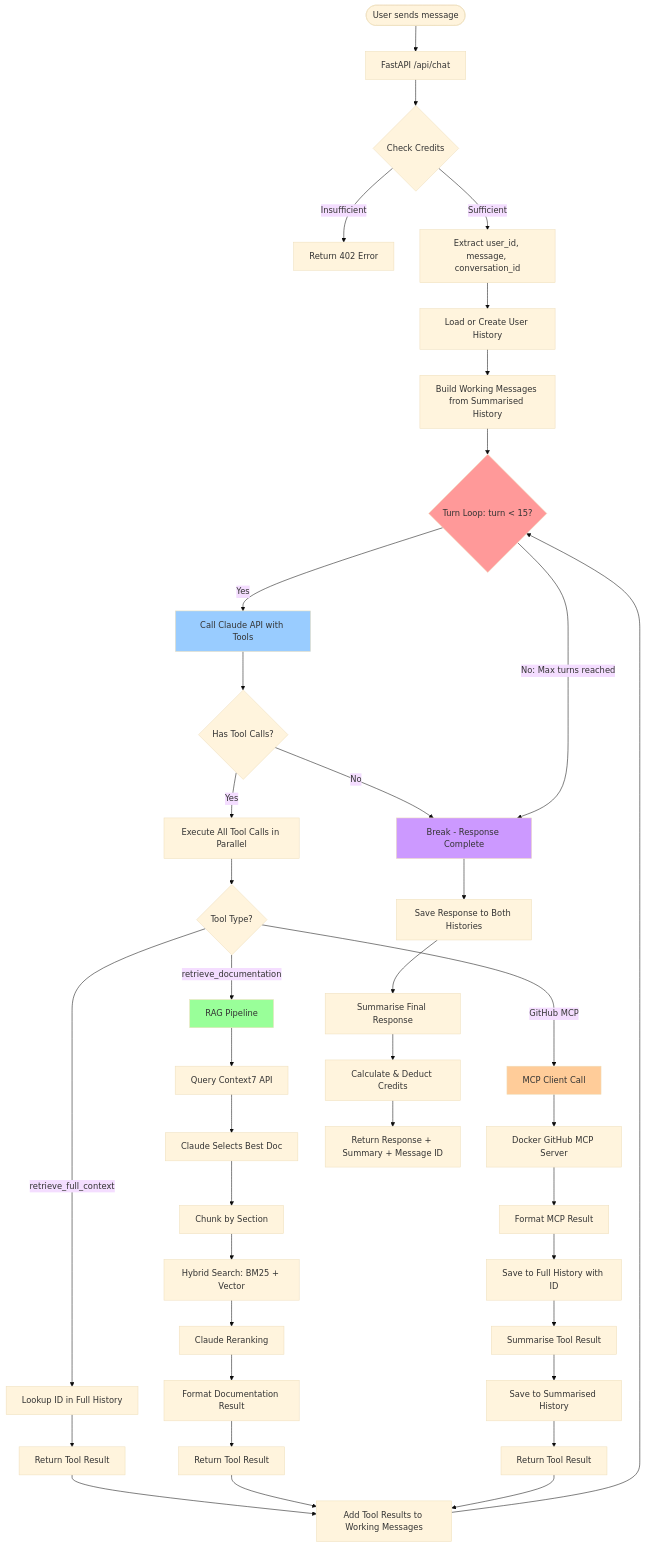
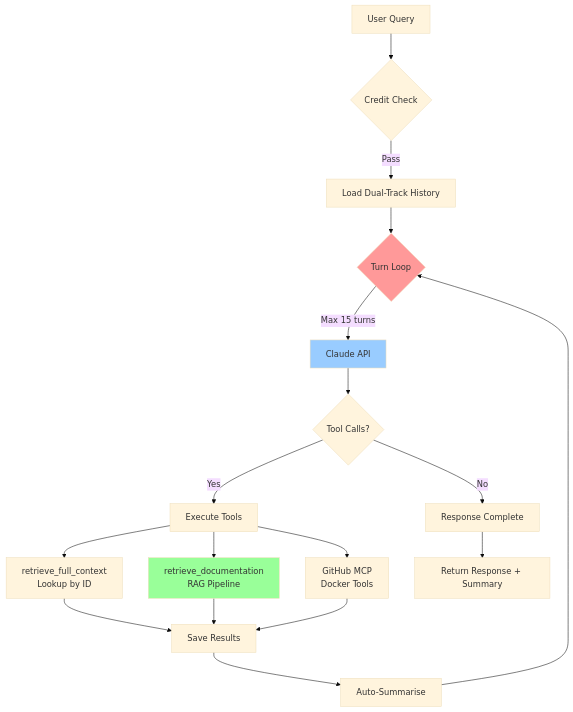
One commit to Suraj198-creator/Kler changed the first of 2 diagrams in TOOL_ORCHESTRATION_FLOW.md. Above: the diagram before and after it, drawn with Mermaid (base theme). The commit also changed other lines of this file, not shown here.

````diff
--- a/TOOL_ORCHESTRATION_FLOW.md
+++ b/TOOL_ORCHESTRATION_FLOW.md
@@ -11,59 +123,29 @@
 ```mermaid
 graph TB
-    Start([User sends message]) --> API[FastAPI /api/chat]
-    API --> CreditCheck{Check Credits}
-    CreditCheck -->|Insufficient| Error402[Return 402 Error]
-    CreditCheck -->|Sufficient| ExtractParams[Extract user_id, message, conversation_id]
+    User[User Query] --> Check{Credit Check}
+    Check -->|Pass| History[Load Dual-Track History]
+    History --> Turn{Turn Loop}
 
-    ExtractParams --> LoadHistory[Load or Create User History]
-    LoadHistory --> BuildMessages[Build Working Messages from Summarised History]
+    Turn -->|Max 15 turns| Claude[Claude API]
+    Claude --> Tools{Tool Calls?}
 
-    BuildMessages --> TurnLoop{Turn Loop: turn < 15?}
+    Tools -->|No| Done[Response Complete]
+    Tools -->|Yes| Execute[Execute Tools]
 
-    TurnLoop -->|Yes| ClaudeAPI[Call Claude API with Tools]
-    ClaudeAPI --> CheckTools{Has Tool Calls?}
+    Execute --> T1[retrieve_full_context<br/>Lookup by ID]
+    Execute --> T2[retrieve_documentation<br/>RAG Pipeline]
+    Execute --> T3[GitHub MCP<br/>Docker Tools]
 
-    CheckTools -->|No| Complete[Break - Response Complete]
-    CheckTools -->|Yes| ExecuteTools[Execute All Tool Calls in Parallel]
+    T1 --> Save[Save Results]
+    T2 --> Save
+    T3 --> Save
 
-    ExecuteTools --> ToolType{Tool Type?}
+    Save --> Summarise[Auto-Summarise]
+    Summarise --> Turn
 
-    ToolType -->|retrieve_full_context| RetrieveFull[Lookup ID in Full History]
-    ToolType -->|retrieve_documentation| RAGPipeline[RAG Pipeline]
-    ToolType -->|GitHub MCP| MCPCall[MCP Client Call]
+    Done --> Return[Return Response + Summary]
 
-    RAGPipeline --> Context7[Query Context7 API]
-    Context7 --> SelectDoc[Claude Selects Best Doc]
-    SelectDoc --> ChunkDoc[Chunk by Section]
-    ChunkDoc --> HybridSearch[Hybrid Search: BM25 + Vector]
-    HybridSearch --> Rerank[Claude Reranking]
-    Rerank --> FormatResult[Format Documentation Result]
-
-    MCPCall --> MCPDocker[Docker GitHub MCP Server]
-    MCPDocker --> MCPFormat[Format MCP Result]
-    MCPFormat --> SaveFull[Save to Full History with ID]
-    SaveFull --> Summarise[Summarise Tool Result]
-    Summarise --> SaveSummarised[Save to Summarised History]
-
-    RetrieveFull --> ToolResult1[Return Tool Result]
-    FormatResult --> ToolResult2[Return Tool Result]
-    SaveSummarised --> ToolResult3[Return Tool Result]
-
-    ToolResult1 --> AddToMessages[Add Tool Results to Working Messages]
-    ToolResult2 --> AddToMessages
-    ToolResult3 --> AddToMessages
-
-    AddToMessages --> TurnLoop
-
-    TurnLoop -->|No: Max turns reached| Complete
-    Complete --> SaveResponse[Save Response to Both Histories]
-    SaveResponse --> SummariseResponse[Summarise Final Response]
-    SummariseResponse --> DeductCredits[Calculate & Deduct Credits]
-    DeductCredits --> Return[Return Response + Summary + Message ID]
-
-    style TurnLoop fill:#ff9999
-    style ClaudeAPI fill:#99ccff
-    style RAGPipeline fill:#99ff99
-    style MCPCall fill:#ffcc99
-    style Complete fill:#cc99ff
+    style Turn fill:#ff9999
+    style Claude fill:#99ccff
+    style T2 fill:#99ff99
 ```
````
